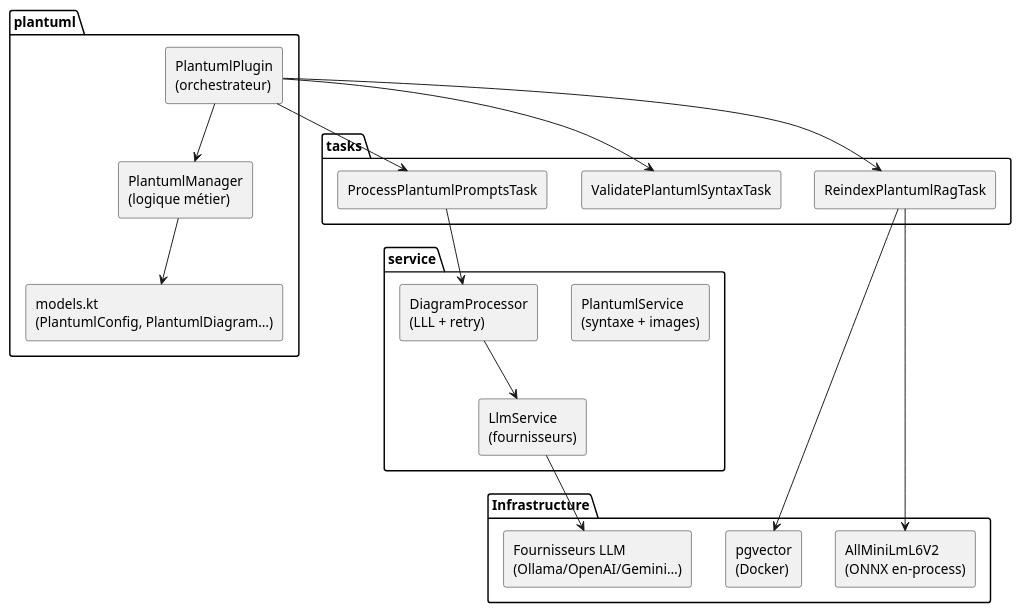
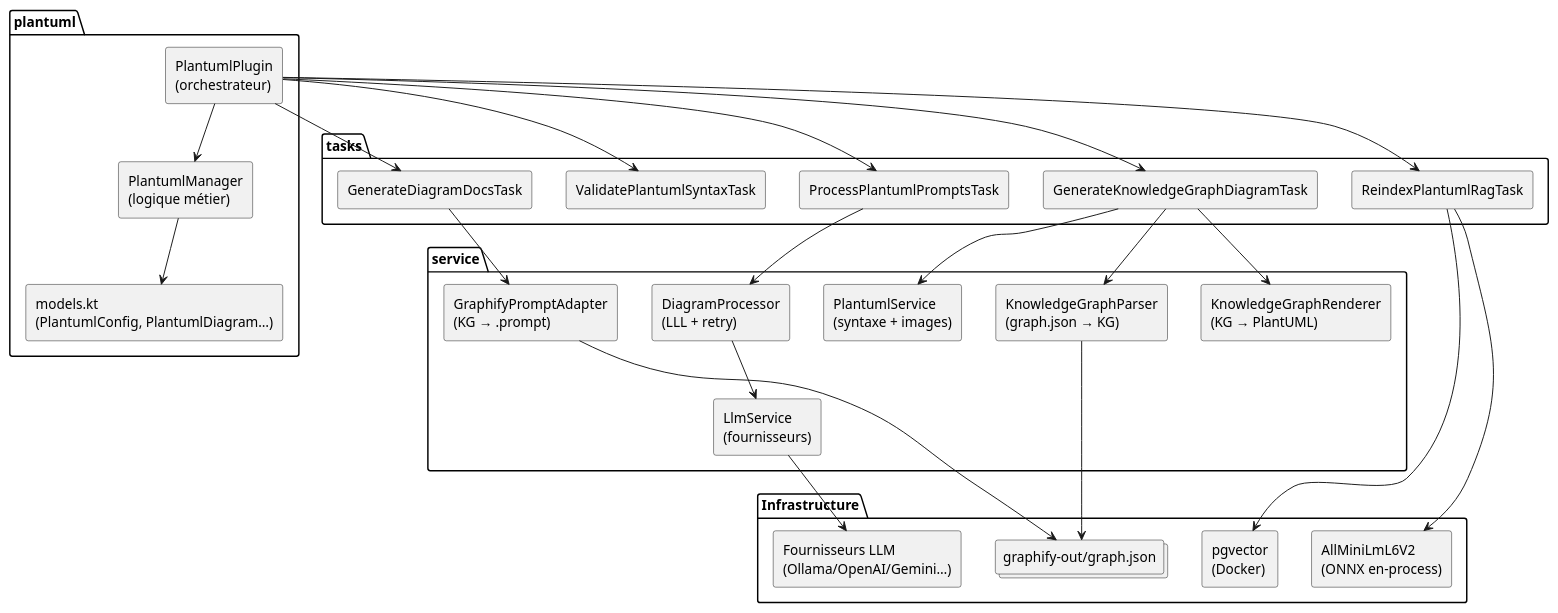
The first of 4 diagrams in plantuml-plugin/README_truth_fr.adoc (cheroliv/plantuml-gradle), drawn with PlantUML before and after one commit. The commit also changed other lines of this file and 4 other files, not shown here.

First line of the commit message:
docs: update architecture diagrams with Knowledge Graph components + add discord message

```diff
--- a/plantuml-plugin/README_truth_fr.adoc
+++ b/plantuml-plugin/README_truth_fr.adoc
@@ -69,41 +69,55 @@
 [plantuml]
 ----
 @startuml
 skinparam componentStyle rectangle
 
 package "plantuml" {
   component "PlantumlPlugin\n(orchestrateur)" as Plugin
   component "PlantumlManager\n(logique métier)" as Manager
   component "models.kt\n(PlantumlConfig, PlantumlDiagram…)" as Models
 }
 
 package "service" {
   component "PlantumlService\n(syntaxe + images)" as PS
   component "DiagramProcessor\n(LLL + retry)" as DP
   component "LlmService\n(fournisseurs)" as LS
+  component "KnowledgeGraphParser\n(graph.json → KG)" as KGP
+  component "KnowledgeGraphRenderer\n(KG → PlantUML)" as KGR
+  component "GraphifyPromptAdapter\n(KG → .prompt)" as GPA
 }
 
 package "tasks" {
   component "ProcessPlantumlPromptsTask" as PPT
   component "ValidatePlantumlSyntaxTask" as VST
   component "ReindexPlantumlRagTask" as RRT
+  component "GenerateKnowledgeGraphDiagramTask" as KGDT
+  component "GenerateDiagramDocsTask" as GDDT
 }
 
 package "Infrastructure" {
   component "pgvector\n(Docker)" as PG
   component "AllMiniLmL6V2\n(ONNX en-process)" as Embed
   component "Fournisseurs LLM\n(Ollama/OpenAI/Gemini…)" as LLM
+  collections "graphify-out/graph.json" as KGJSON
 }
 
 Plugin --> Manager
 Plugin --> PPT
 Plugin --> VST
 Plugin --> RRT
+Plugin --> KGDT
+Plugin --> GDDT
 Manager --> Models
 PPT --> DP
 DP --> LS
 LS --> LLM
 RRT --> PG
 RRT --> Embed
+KGDT --> KGP
+KGDT --> KGR
+KGDT --> PS
+GDDT --> GPA
+KGP --> KGJSON
+GPA --> KGJSON
 @enduml
 ----
```
